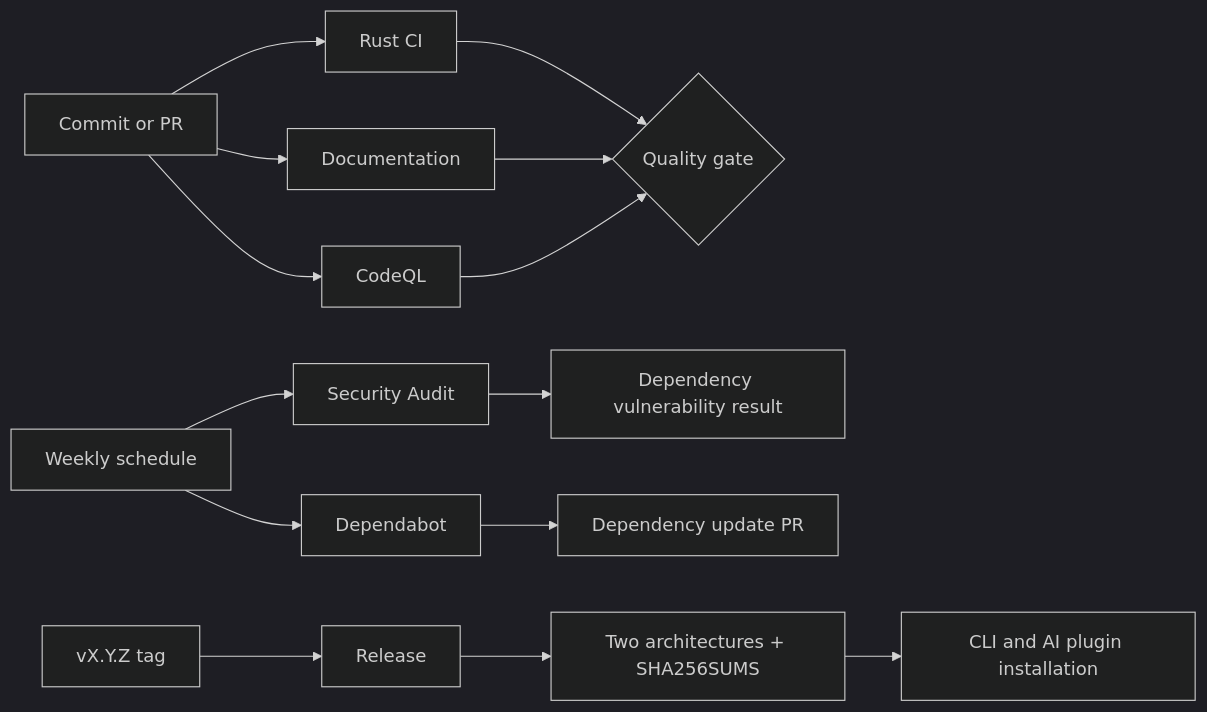
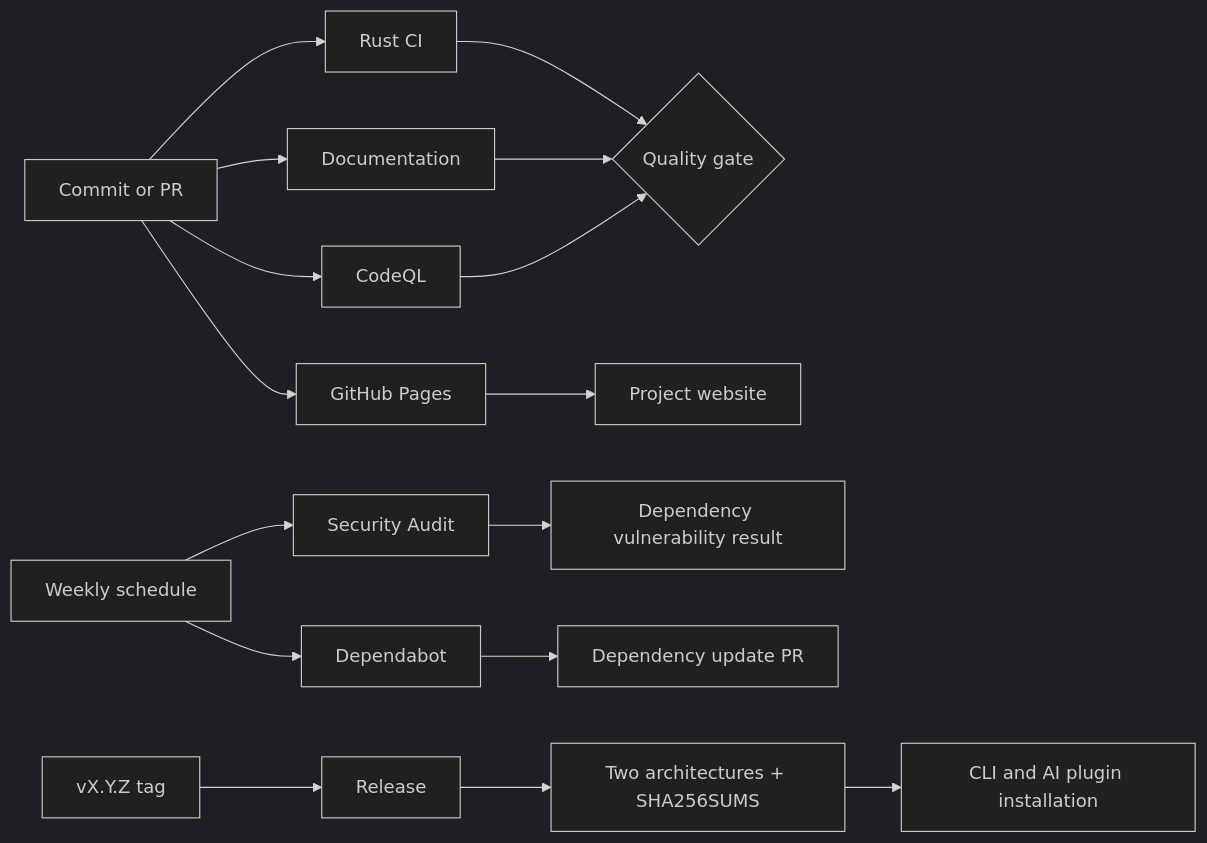
The first of 2 diagrams in docs/workflows.en.md (XieWeikai/tieba-image-downloader), drawn with Mermaid (dark theme) before and after one commit. The commit also changed other lines of this file and 9 other files, not shown here.

Commit message:
Add project website and Pages deployment

````diff
--- a/docs/workflows.en.md
+++ b/docs/workflows.en.md
@@ -9,16 +9,18 @@
 ```mermaid
 flowchart LR
     A[Commit or PR] --> B[Rust CI]
     A --> C[Documentation]
     A --> D[CodeQL]
+    A --> P[GitHub Pages]
     S[Weekly schedule] --> E[Security Audit]
     S --> F[Dependabot]
     T[vX.Y.Z tag] --> G[Release]
     B --> H{Quality gate}
     C --> H
     D --> H
     E --> I[Dependency vulnerability result]
     F --> J[Dependency update PR]
     G --> K[Two architectures + SHA256SUMS]
     K --> L[CLI and AI plugin installation]
+    P --> W[Project website]
 ```
````
